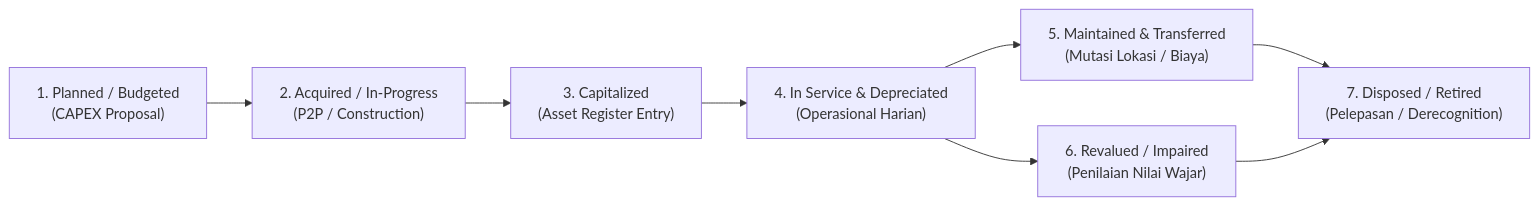
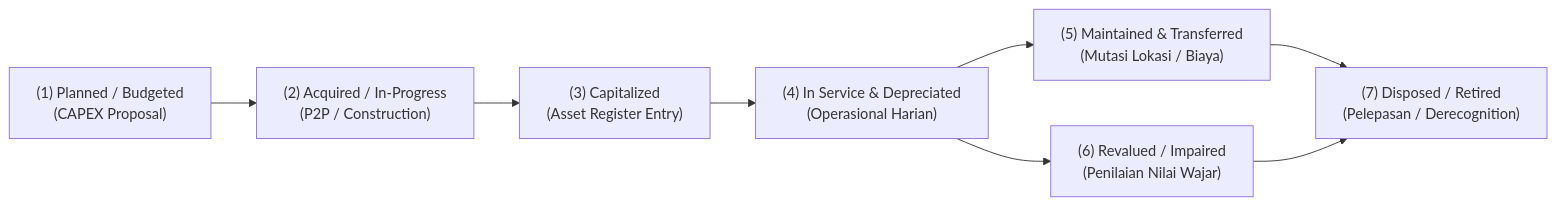
Before and after one commit to alimurrofid/erp-notes: the first of 2 diagrams in content/08-assets/fixed-assets-fundamentals.md, drawn with Mermaid. The commit also changed 132 other files, not shown here.

````diff
--- a/content/08-assets/fixed-assets-fundamentals.md
+++ b/content/08-assets/fixed-assets-fundamentals.md
@@ -9,10 +9,10 @@
 ```mermaid
 flowchart LR
-    Plan["1. Planned / Budgeted<br/>(CAPEX Proposal)"] --> Acq["2. Acquired / In-Progress<br/>(P2P / Construction)"]
-    Acq --> Cap["3. Capitalized<br/>(Asset Register Entry)"]
-    Cap --> InServ["4. In Service & Depreciated<br/>(Operasional Harian)"]
-    InServ --> Trans["5. Maintained & Transferred<br/>(Mutasi Lokasi / Biaya)"]
-    InServ --> Eval["6. Revalued / Impaired<br/>(Penilaian Nilai Wajar)"]
-    Trans --> Disp["7. Disposed / Retired<br/>(Pelepasan / Derecognition)"]
+    Plan["(1) Planned / Budgeted<br/>(CAPEX Proposal)"] --> Acq["(2) Acquired / In-Progress<br/>(P2P / Construction)"]
+    Acq --> Cap["(3) Capitalized<br/>(Asset Register Entry)"]
+    Cap --> InServ["(4) In Service & Depreciated<br/>(Operasional Harian)"]
+    InServ --> Trans["(5) Maintained & Transferred<br/>(Mutasi Lokasi / Biaya)"]
+    InServ --> Eval["(6) Revalued / Impaired<br/>(Penilaian Nilai Wajar)"]
+    Trans --> Disp["(7) Disposed / Retired<br/>(Pelepasan / Derecognition)"]
     Eval --> Disp
 ```
````
